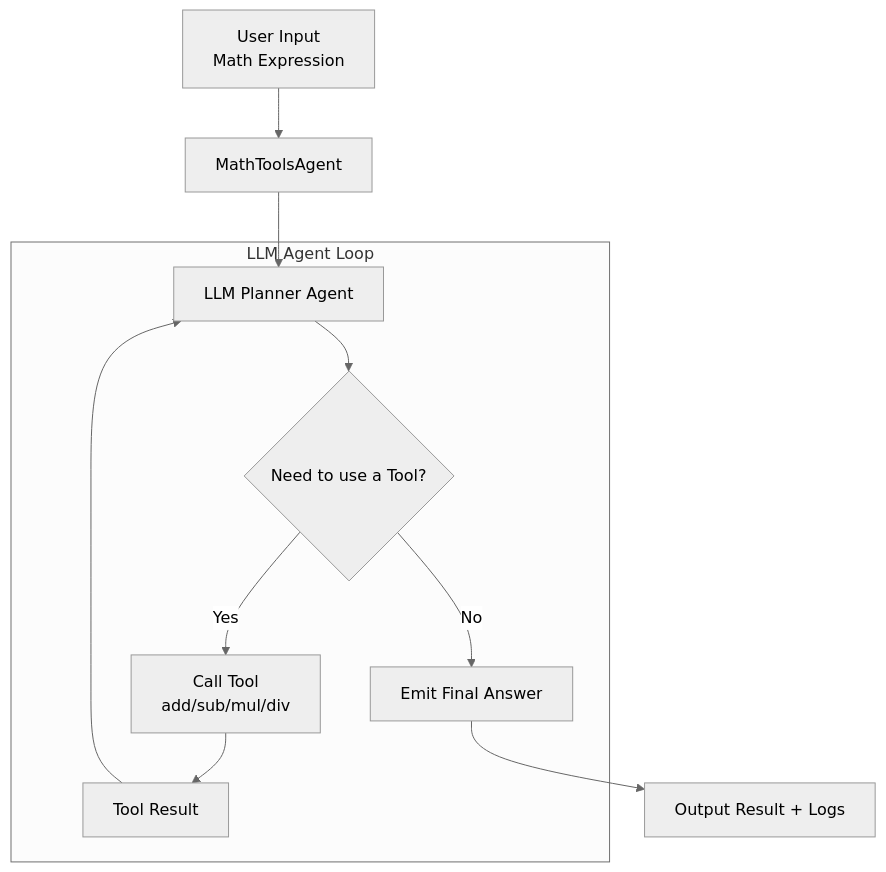
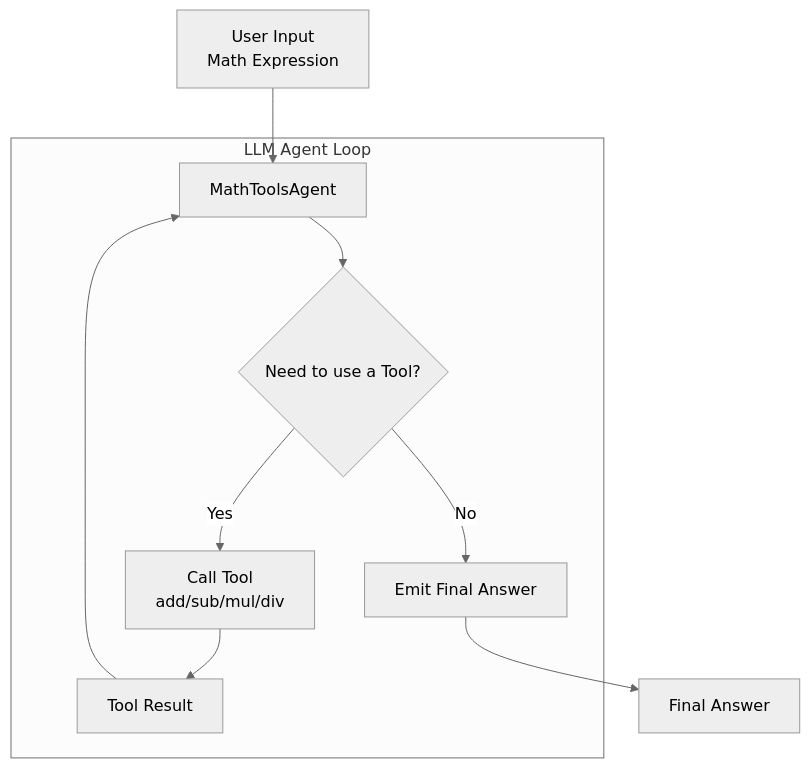
One commit to explodinggradients/ragas changed the diagram in docs/experimental/tutorials/agent.md. Above: the diagram before and after it, drawn with Mermaid (neutral theme).

````diff
--- a/docs/experimental/tutorials/agent.md
+++ b/docs/experimental/tutorials/agent.md
@@ -5,15 +5,14 @@
 ```mermaid
 graph TD
     A[User Input<br/>Math Expression] --> B[MathToolsAgent]
-    B --> C[LLM Planner Agent]
 
     subgraph LLM Agent Loop
-        C --> D{Need to use a Tool?}
+        B --> D{Need to use a Tool?}
         D -- Yes --> E[Call Tool<br/>add/sub/mul/div]
         E --> F[Tool Result]
-        F --> C
+        F --> B
         D -- No --> G[Emit Final Answer]
     end
 
-    G --> H[Output Result + Logs]
+    G --> H[Final Answer]
 ```
````
